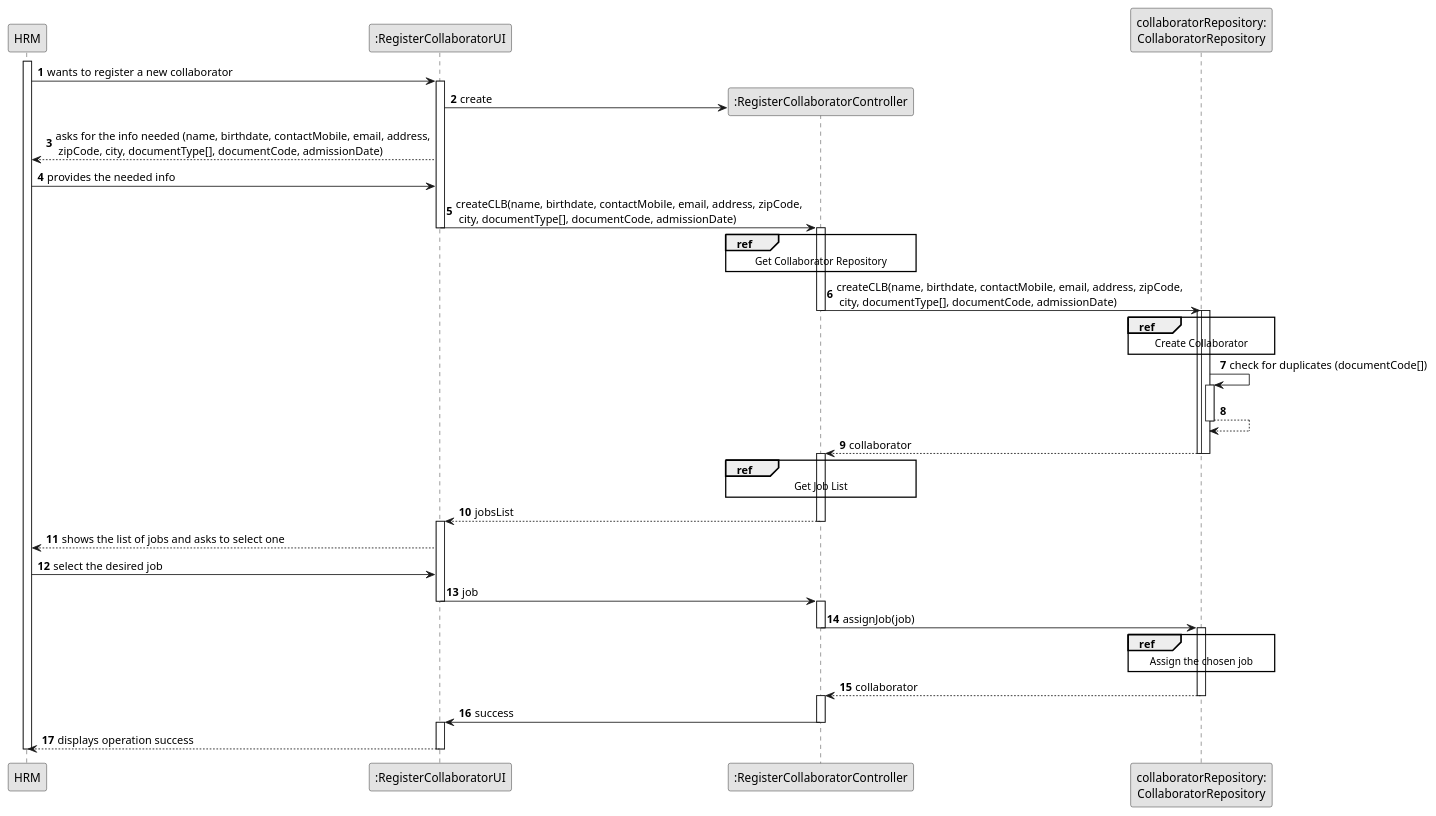
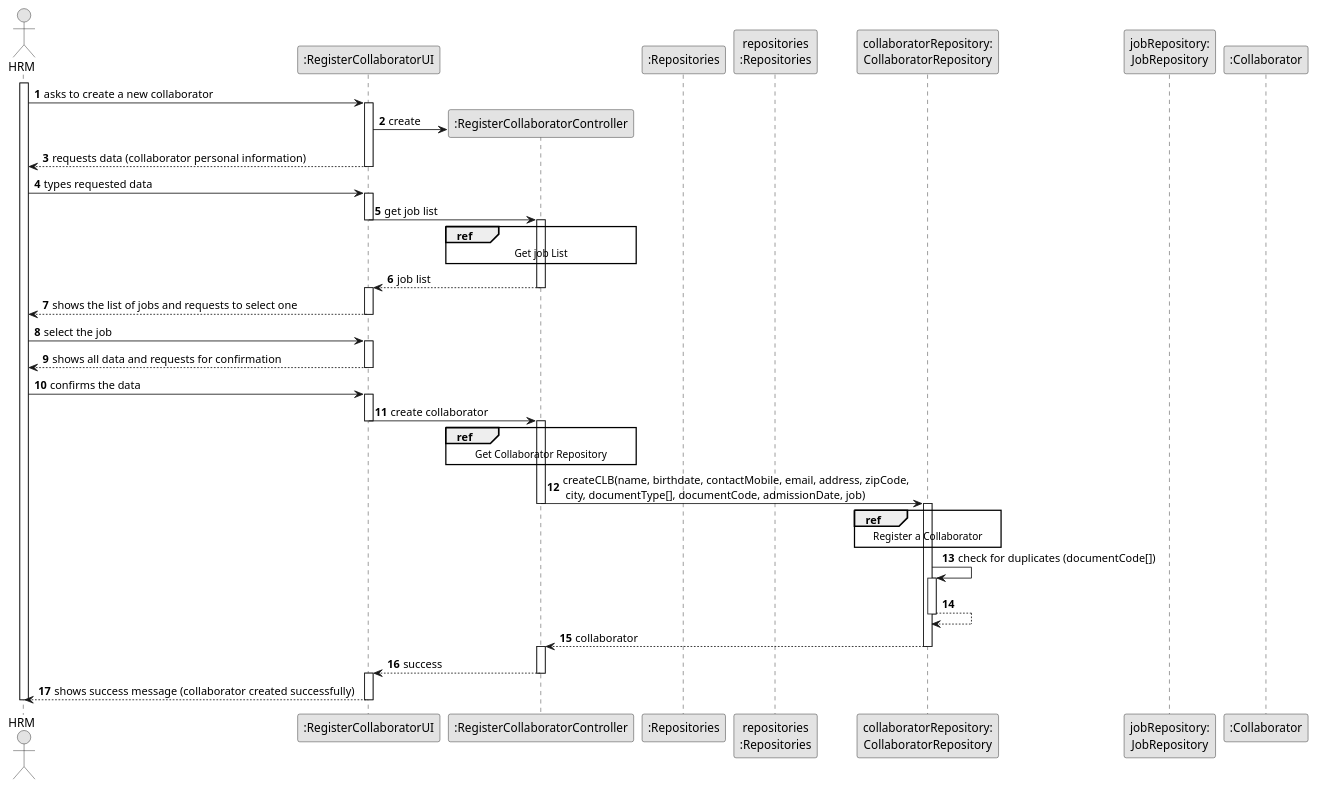
The diagram in docs/sprintB/us003/03.design/puml/us003-sequence-diagram-split.puml (ricardomm7/leaflink), drawn with PlantUML before and after one commit. The commit also changed 20 other files, not shown here.

```diff
--- a/docs/sprintB/us003/03.design/puml/us003-sequence-diagram-split.puml
+++ b/docs/sprintB/us003/03.design/puml/us003-sequence-diagram-split.puml
@@ -1,84 +1,96 @@
 @startuml
 skinparam monochrome true
 skinparam packageStyle rectangle
 skinparam shadowing false
 
 autonumber
 
-participant "HRM" as HRM
+actor "HRM" as HRM
 participant ":RegisterCollaboratorUI" as UI
 participant ":RegisterCollaboratorController" as CTRL
-
+participant ":Repositories" as GlobRepo
+participant "repositories\n:Repositories" as PLAT
 participant "collaboratorRepository:\nCollaboratorRepository" as CLBREP
+participant "jobRepository:\nJobRepository" as jobRepository
+participant ":Collaborator" as CLB
 
 
 activate HRM
 
-HRM -> UI : wants to register a new collaborator
+HRM -> UI : asks to create a new collaborator
 activate UI
 
 UI -> CTRL** : create
 
-UI --> HRM : asks for the info needed (name, birthdate, contactMobile, email, address,\n zipCode, city, documentType[], documentCode, admissionDate)
+UI --> HRM : requests data (collaborator personal information)
+deactivate UI
 
-HRM -> UI : provides the needed info
+HRM -> UI : types requested data
+activate UI
 
-'UI --> HRM : shows a verification dialog
-'HRM -> UI : confirms collaborator creation
-UI -> CTRL : createCLB(name, birthdate, contactMobile, email, address, zipCode,\n city, documentType[], documentCode, admissionDate)
+UI -> CTRL: get job list
+deactivate UI
+
+activate CTRL
+
+ref over CTRL
+Get job List
+end ref
+
+
+
+deactivate jobRepository
+CTRL -->UI : job list
+deactivate CTRL
+activate UI
+
+UI --> HRM : shows the list of jobs and requests to select one
+deactivate UI
+
+
+HRM -> UI : select the job
+activate UI
+
+UI --> HRM: shows all data and requests for confirmation
+deactivate UI
+
+HRM -> UI: confirms the data
+activate UI
+
+UI -> CTRL : create collaborator
 deactivate UI
 activate CTRL
-        ref over CTRL
-            Get Collaborator Repository
-        end ref
 
-CTRL -> CLBREP : createCLB(name, birthdate, contactMobile, email, address, zipCode,\n city, documentType[], documentCode, admissionDate)
+ref over CTRL
+Get Collaborator Repository
+end ref
+
+
+
+CTRL -> CLBREP : createCLB(name, birthdate, contactMobile, email, address, zipCode,\n city, documentType[], documentCode, admissionDate, job)
 deactivate CTRL
-activate CLBREP
-        ref over CLBREP
-            Create Collaborator
-        end ref
 
 activate CLBREP
+
+ref over CLBREP
+Register a Collaborator
+end ref
+
 
 CLBREP -> CLBREP : check for duplicates (documentCode[])
 activate CLBREP
 CLBREP --> CLBREP
 deactivate CLBREP
 CLBREP --> CTRL : collaborator
 deactivate CLBREP
-deactivate CLBREP
-
-activate CTRL
-ref over CTRL
-                         Get Job List
-                     end ref
-CTRL -->UI : jobsList
-deactivate CTRL
-activate UI
-UI --> HRM : shows the list of jobs and asks to select one
-
-HRM -> UI : select the desired job
-
-UI -> CTRL : job
-deactivate UI
 activate CTRL
 
 
-CTRL ->CLBREP : assignJob(job)
-deactivate CTRL
-activate CLBREP
 
-        ref over CLBREP
-            Assign the chosen job
-        end ref
-CLBREP --> CTRL : collaborator
-deactivate CLBREP
-activate CTRL
-CTRL -> UI : success
+CTRL --> UI : success
 deactivate CTRL
 activate UI
-UI --> HRM : displays operation success
+UI --> HRM : shows success message (collaborator created successfully)
 deactivate UI
 deactivate HRM
 @enduml
```
